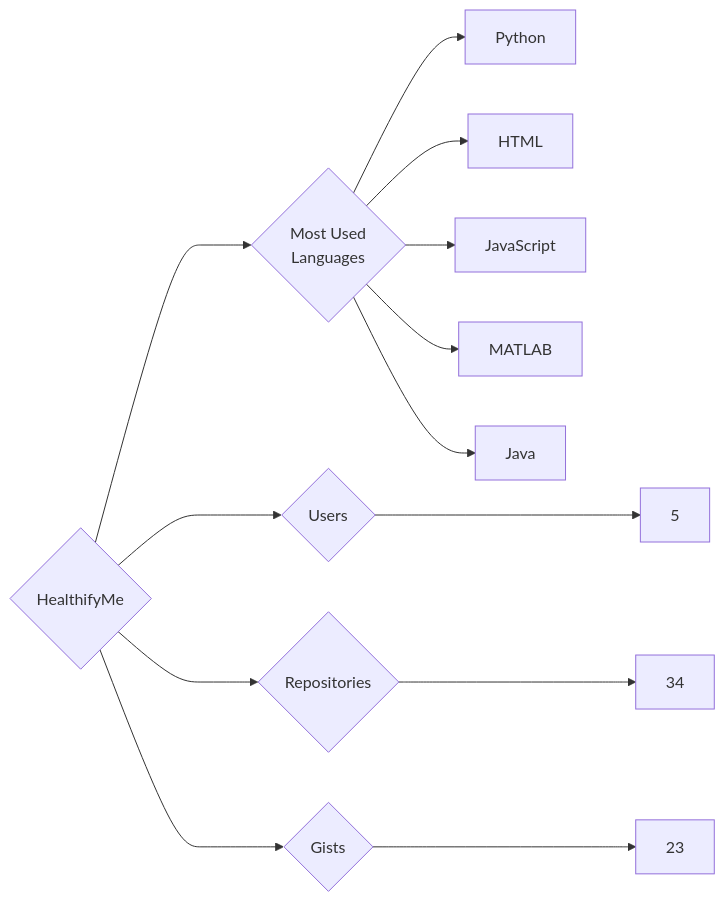
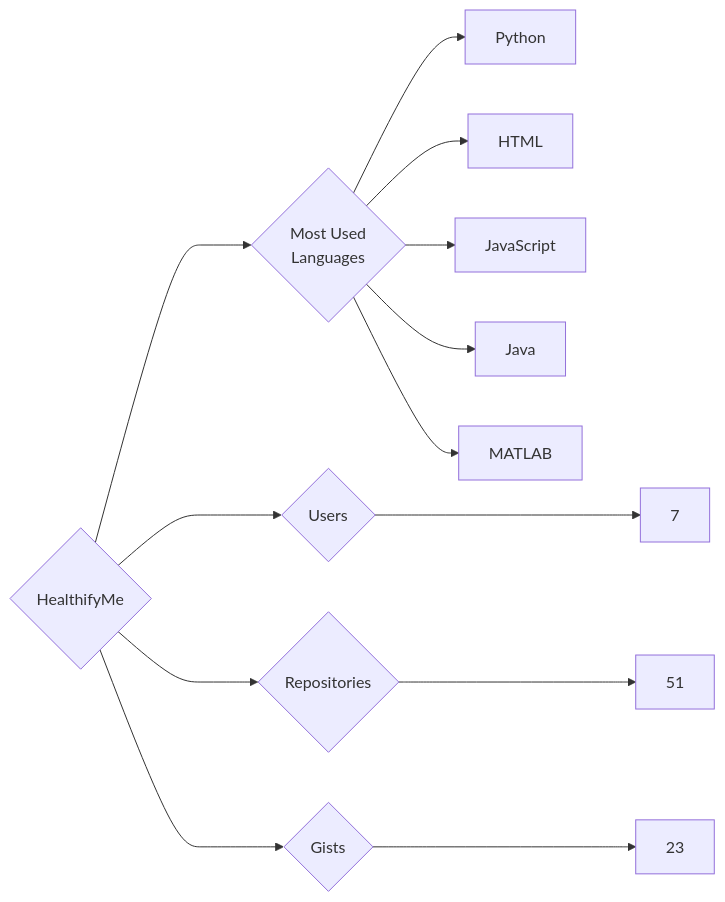
The diagram in targets/HealthifyMe/README.md (trickest/insiders), drawn with Mermaid before and after one commit. The commit also changed 988 other files, not shown here.

````diff
--- a/targets/HealthifyMe/README.md
+++ b/targets/HealthifyMe/README.md
@@ -3,13 +3,13 @@
 ```mermaid
 graph LR
 COMPANY_NAME{HealthifyMe}
-COMPANY_NAME ---> U{Users} ---> UN[5]
-COMPANY_NAME ---> R{Repositories} ---> RN[34]
+COMPANY_NAME ---> U{Users} ---> UN[7]
+COMPANY_NAME ---> R{Repositories} ---> RN[51]
 COMPANY_NAME ---> G{Gists} ---> GN[23]
 COMPANY_NAME ---> ML{Most Used<br>Languages}
 ML --> Python[Python]
 ML --> HTML[HTML]
 ML --> JavaScript[JavaScript]
+ML --> Java[Java]
 ML --> MATLAB[MATLAB]
-ML --> Java[Java]
 ```
````
